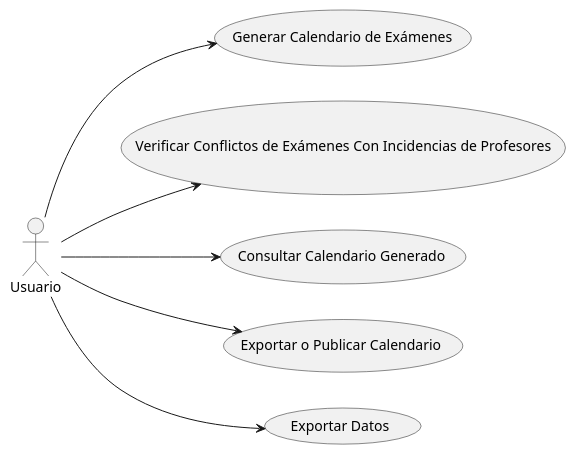
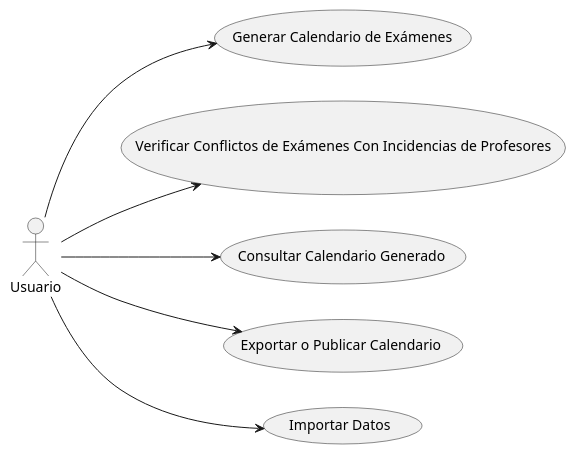
One commit to Alejandrojuarez0105/25-26-IdSw1-SdR changed the diagram in casos-de-uso/modelosUML/CdUUsuario.puml. Above: the diagram before and after it, drawn with PlantUML. The commit also changed 4 other files, not shown here.

```diff
--- a/casos-de-uso/modelosUML/CdUUsuario.puml
+++ b/casos-de-uso/modelosUML/CdUUsuario.puml
@@ -1,18 +1,18 @@
 @startuml CdU_Usuario
 left to right direction
 
 actor Usuario
 
 usecase "Generar Calendario de Exámenes" as GenerarCalendario
 usecase "Verificar Conflictos de Exámenes Con Incidencias de Profesores" as VerificarConflictos
 usecase "Consultar Calendario Generado" as ConsultarCalendario
 usecase "Exportar o Publicar Calendario" as ExportarCalendario
-usecase "Exportar Datos" as ExportarDatos
+usecase "Importar Datos" as ImportarDatos
 
-Usuario --> ExportarDatos
+Usuario --> ImportarDatos
 Usuario --> GenerarCalendario
 Usuario --> VerificarConflictos
 Usuario --> ConsultarCalendario
 Usuario --> ExportarCalendario
 
 @enduml
```
